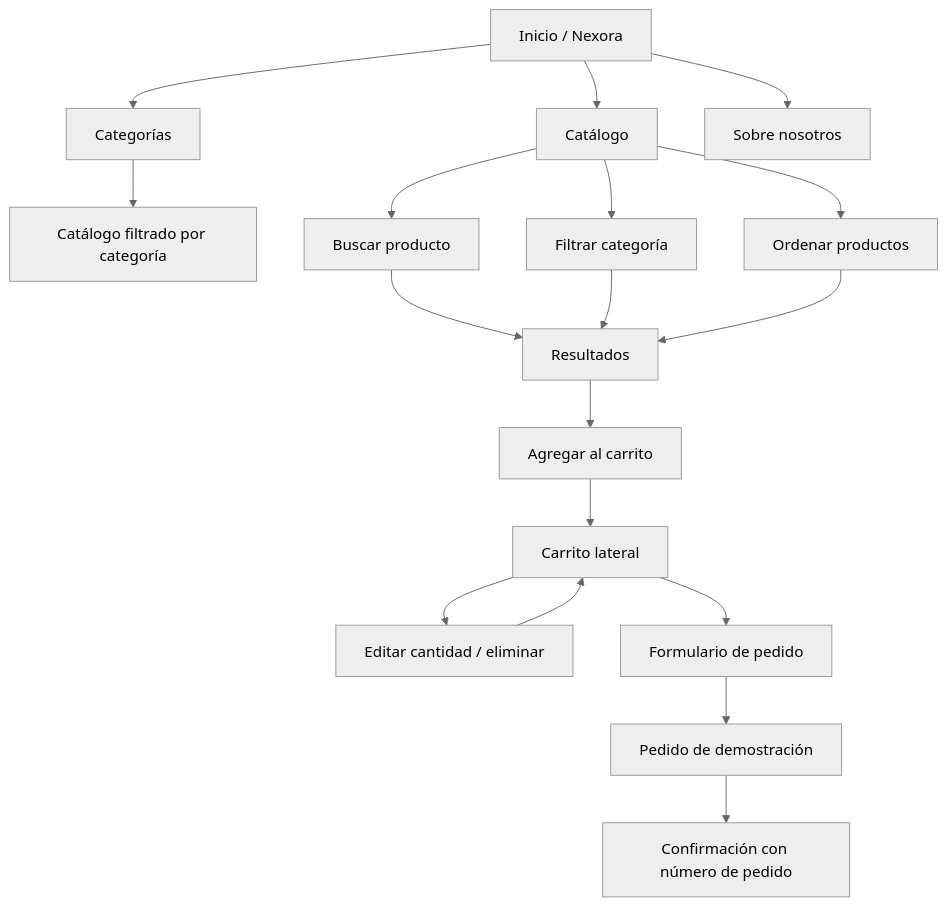
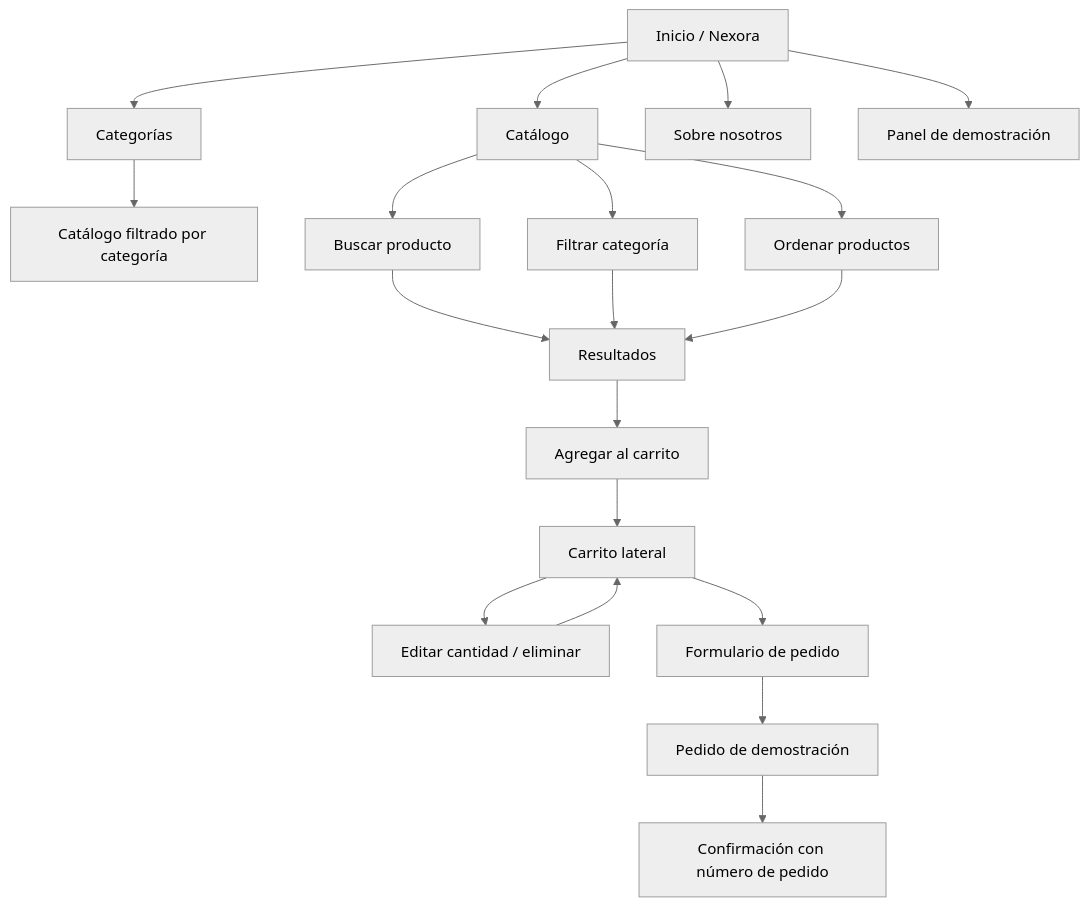
The diagram in docs/MAPA-NAVEGACION.md (afelipe096/proyecto_ingWeb), drawn with Mermaid (neutral theme) before and after one commit. The commit also changed other lines of this file, not shown here.

Commit message:
Update academic documentation to match implemented features

````diff
--- a/docs/MAPA-NAVEGACION.md
+++ b/docs/MAPA-NAVEGACION.md
@@ -5,20 +5,21 @@
 ```mermaid
 flowchart TD
     A[Inicio / Nexora] --> B[Catálogo]
     A --> C[Categorías]
     A --> D[Sobre nosotros]
+    A --> P[Panel de demostración]
     C --> E[Catálogo filtrado por categoría]
     B --> F[Buscar producto]
     B --> G[Filtrar categoría]
     B --> H[Ordenar productos]
     F --> I[Resultados]
     G --> I
     H --> I
     I --> J[Agregar al carrito]
     J --> K[Carrito lateral]
     K --> L[Editar cantidad / eliminar]
     L --> K
     K --> M[Formulario de pedido]
     M --> N[Pedido de demostración]
     N --> O[Confirmación con número de pedido]
 ```
````
